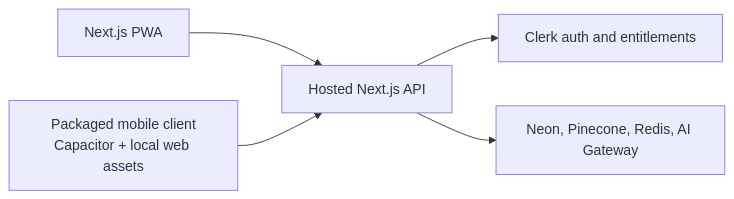
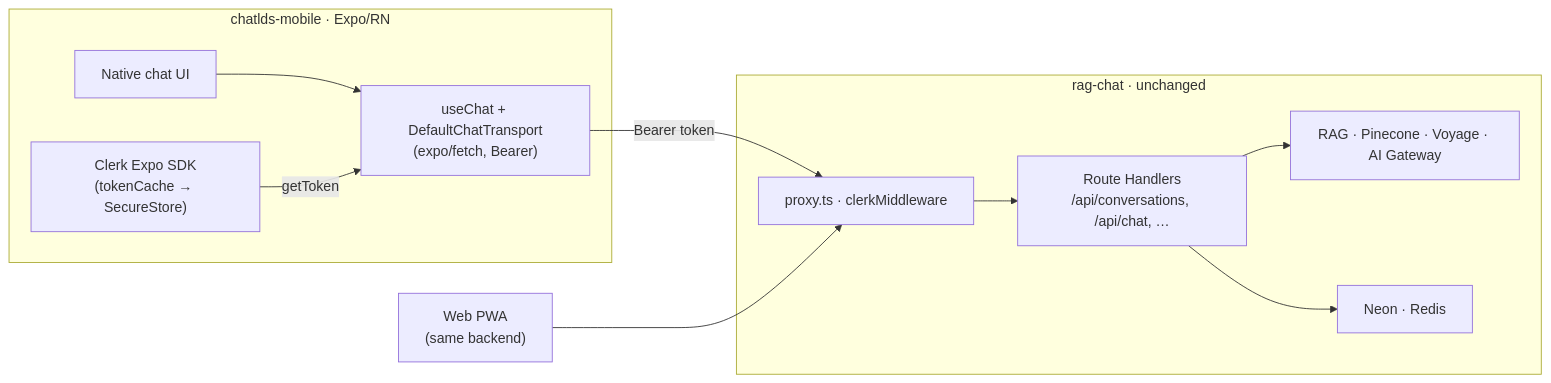
The diagram in docs/MOBILE_APP_PLAN.md (Pippobaudoicon/rag-chat), drawn with Mermaid before and after one commit. The commit also changed other lines of this file, not shown here.

First line of the commit message:
feat: update mobile app plan for Expo/RN architecture

````diff
--- a/docs/MOBILE_APP_PLAN.md
+++ b/docs/MOBILE_APP_PLAN.md
@@ -43,7 +103,15 @@
 ```mermaid
 flowchart LR
-  PWA["Next.js PWA"] --> API["Hosted Next.js API"]
-  Mobile["Packaged mobile client\nCapacitor + local web assets"] --> API
-  API --> Clerk["Clerk auth and entitlements"]
-  API --> Data["Neon, Pinecone, Redis, AI Gateway"]
+  subgraph client [chatlds-mobile · Expo/RN]
+    UI["Native chat UI"] --> T["useChat + DefaultChatTransport\n(expo/fetch, Bearer)"]
+    A["Clerk Expo SDK\n(tokenCache → SecureStore)"]
+  end
+  subgraph server [rag-chat · unchanged]
+    MW["proxy.ts · clerkMiddleware"] --> API["Route Handlers\n/api/conversations, /api/chat, …"]
+    API --> RAG["RAG · Pinecone · Voyage · AI Gateway"]
+    API --> DB["Neon · Redis"]
+  end
+  T -->|"Bearer token"| MW
+  A -->|getToken| T
+  PWA["Web PWA\n(same backend)"] --> MW
 ```
````
